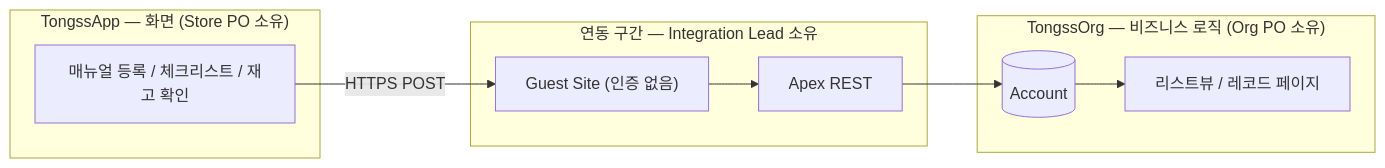
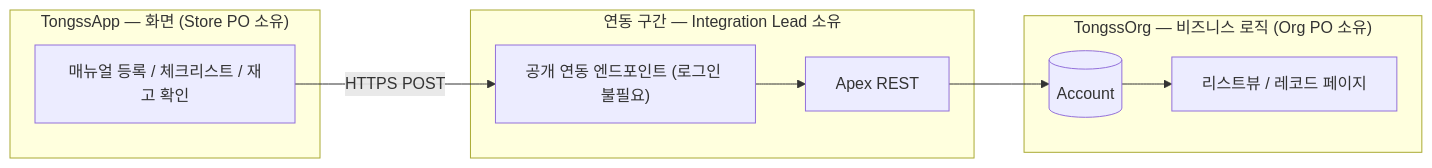
Before and after one commit to sara6ang/project-starter: the diagram in integration-lead/docs/01_SYSTEM_MAP.md, drawn with Mermaid. The commit also changed other lines of this file and 22 other files, not shown here.

````diff
--- a/integration-lead/docs/01_SYSTEM_MAP.md
+++ b/integration-lead/docs/01_SYSTEM_MAP.md
@@ -9,18 +9,18 @@
 ```mermaid
 flowchart LR
     subgraph App["TongssApp — 화면 (Store PO 소유)"]
         Activity["매뉴얼 등록 / 체크리스트 / 재고 확인"]
     end
 
     subgraph Bridge["연동 구간 — Integration Lead 소유"]
-        Guest["Guest Site (인증 없음)"]
+        Public["공개 연동 엔드포인트 (로그인 불필요)"]
         REST["Apex REST"]
     end
 
     subgraph Org["TongssOrg — 비즈니스 로직 (Org PO 소유)"]
         Account[("Account")]
         Views["리스트뷰 / 레코드 페이지"]
     end
 
-    Activity -->|HTTPS POST| Guest --> REST --> Account --> Views
+    Activity -->|HTTPS POST| Public --> REST --> Account --> Views
 ```
````
